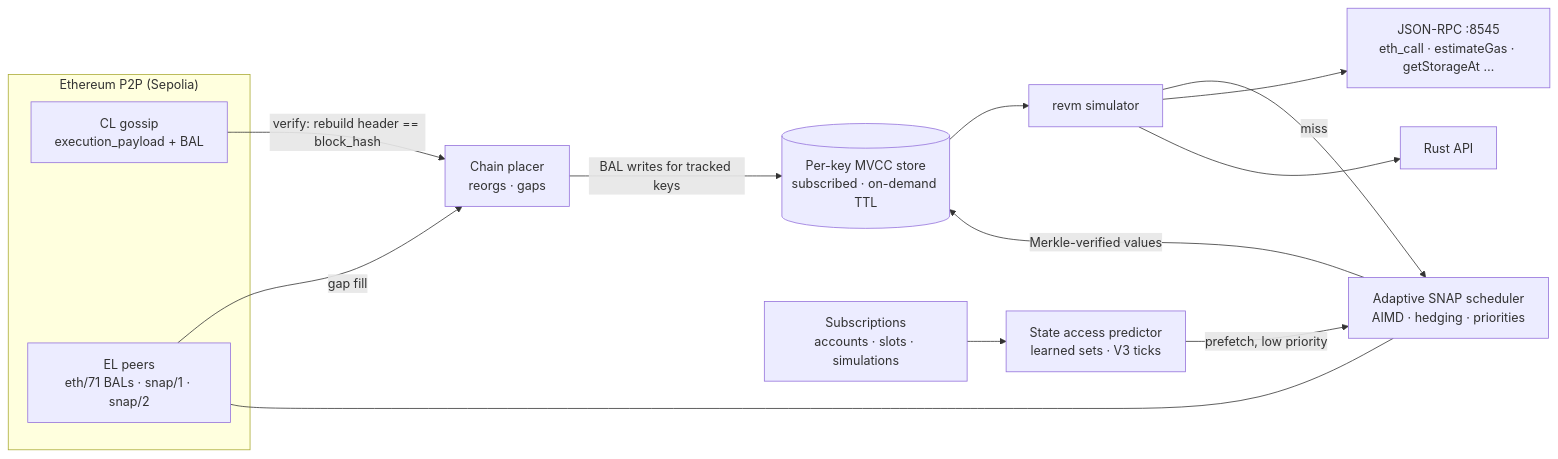
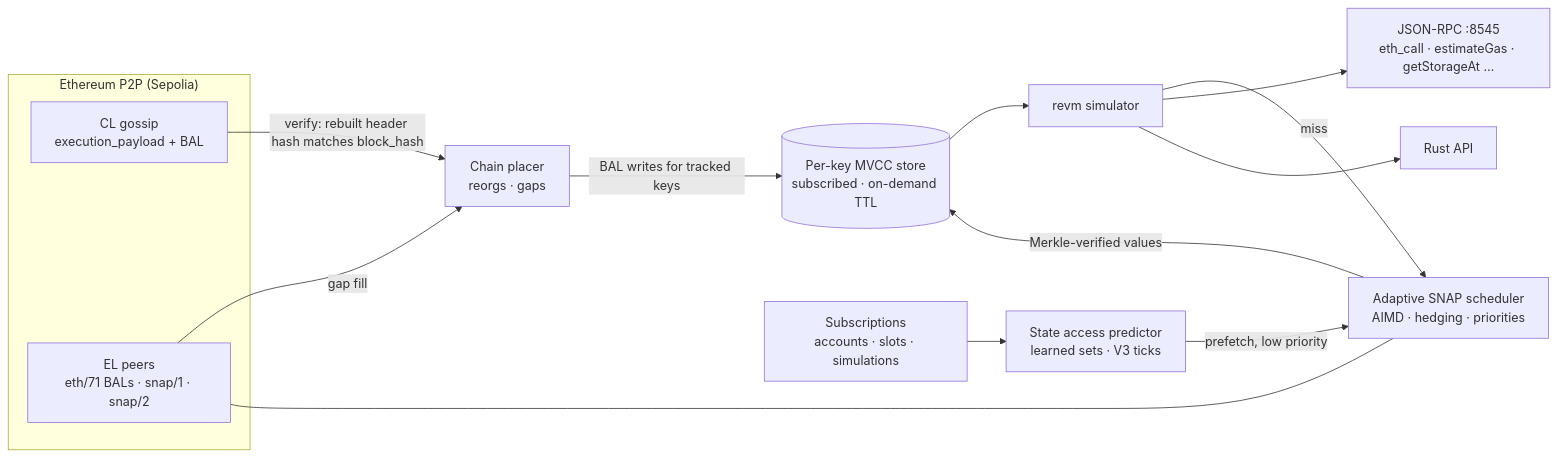
Before and after one commit to 0xwckd/skim: the diagram in README.md, drawn with Mermaid.

Commit message:
README: mermaid-safe edge label

````diff
--- a/README.md
+++ b/README.md
@@ -84,18 +84,18 @@
 ```mermaid
 flowchart LR
   subgraph P2P["Ethereum P2P (Sepolia)"]
     CL["CL gossip<br/>execution_payload + BAL"]
     EL["EL peers<br/>eth/71 BALs · snap/1 · snap/2"]
   end
-  CL -->|verify: rebuild header == block_hash| CHAIN[Chain placer<br/>reorgs · gaps]
+  CL -->|verify: rebuilt header hash matches block_hash| CHAIN[Chain placer<br/>reorgs · gaps]
   EL -->|gap fill| CHAIN
   CHAIN -->|BAL writes for tracked keys| MVCC[(Per-key MVCC store<br/>subscribed · on-demand TTL)]
   SUB[Subscriptions<br/>accounts · slots · simulations] --> PRED[State access predictor<br/>learned sets · V3 ticks]
   PRED -->|prefetch, low priority| SCHED
   SIM[revm simulator] -->|miss| SCHED[Adaptive SNAP scheduler<br/>AIMD · hedging · priorities]
   SCHED -->|Merkle-verified values| MVCC
   EL --- SCHED
   MVCC --> SIM
   SIM --> RPC[JSON-RPC :8545<br/>eth_call · estimateGas · getStorageAt …]
   SIM --> API[Rust API]
 ```
````
